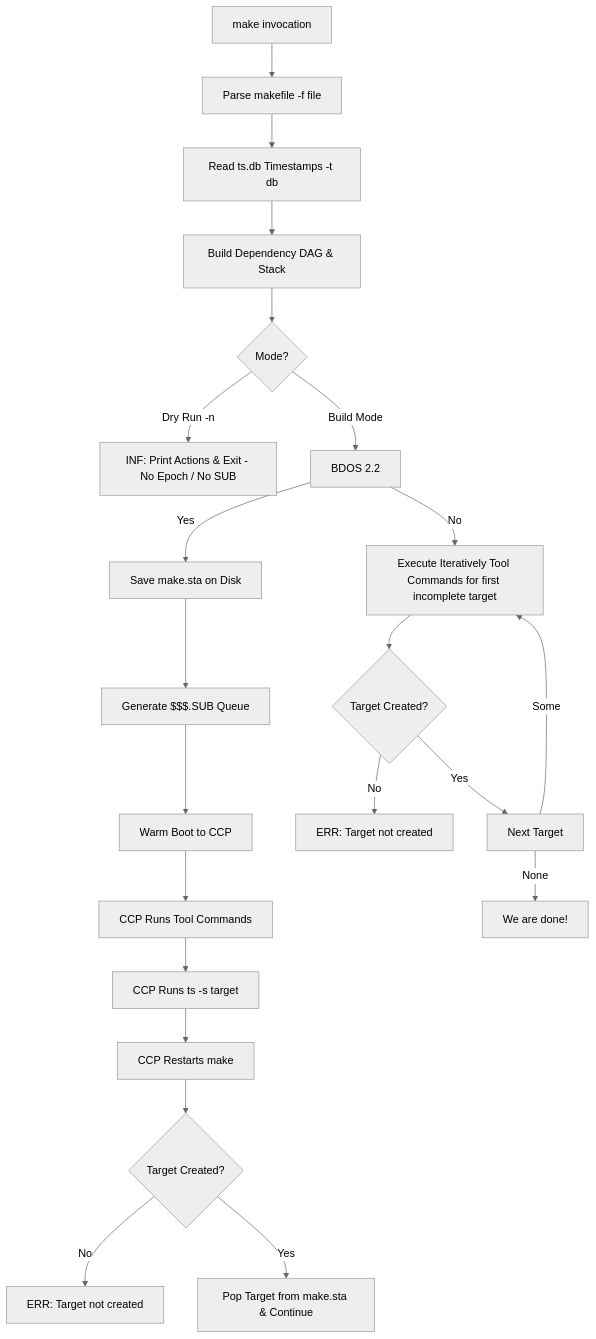
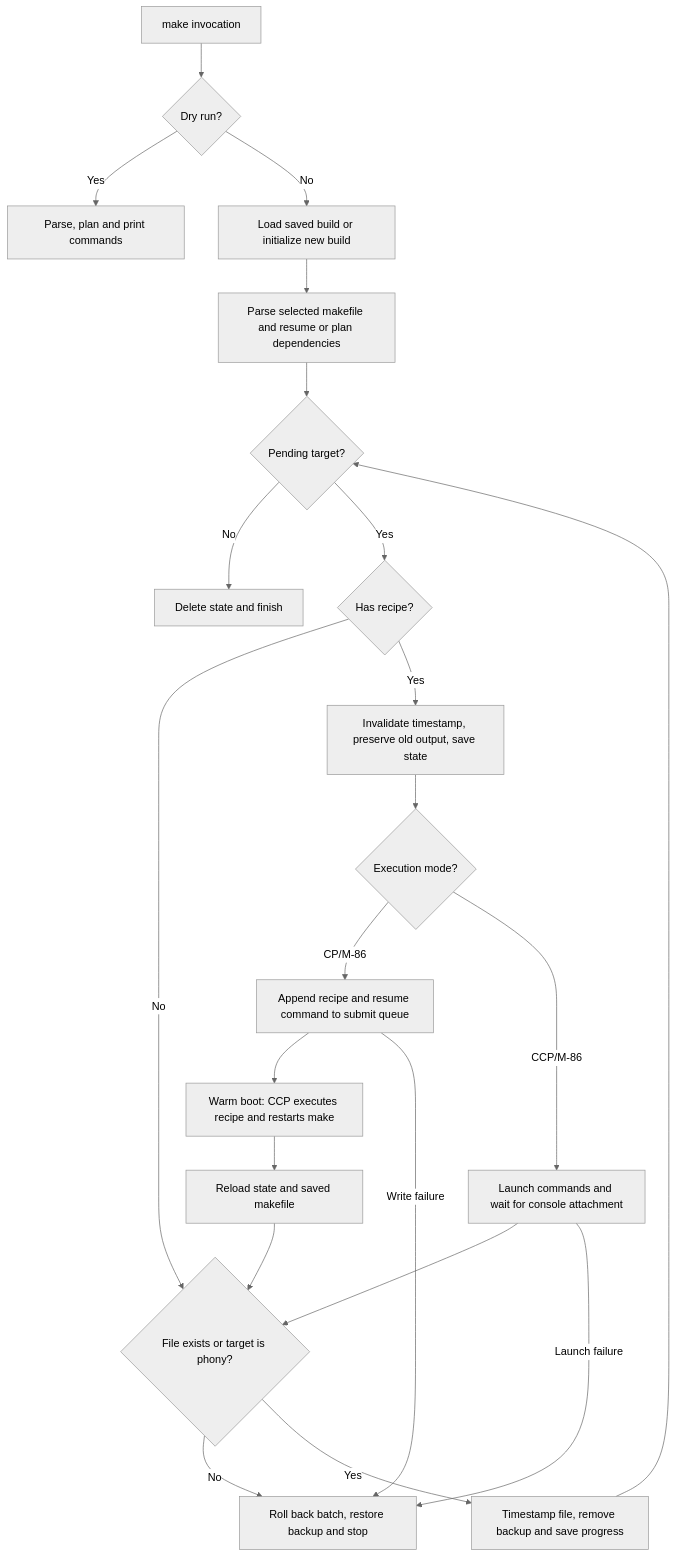
Before and after one commit to tsupplis/cpm86-make: the second of 3 diagrams in README.md, drawn with Mermaid (neutral theme). The commit also changed other lines of this file and 2 other files, not shown here.

````diff
--- a/README.md
+++ b/README.md
@@ -202,24 +184,24 @@
 ```mermaid
 flowchart TD
-    A[make invocation] --> D[Parse makefile -f file]
-    D --> E[Read ts.db Timestamps -t db]
-    E --> F[Build Dependency DAG & Stack]
-    F --> G{Mode?}
-    G -->|Dry Run -n| H[INF: Print Actions & Exit - No Epoch / No SUB]
-    G -->|Build Mode| B[BDOS 2.2]
-    B -->|Yes| I[Save make.sta on Disk]
-    B -->|No| S[Execute Iteratively Tool Commands for first incomplete target]
-    I --> J[Generate $$$.SUB Queue]
-    J --> K[Warm Boot to CCP]
-    K --> L[CCP Runs Tool Commands]
-    L --> M[CCP Runs ts -s target]
-    M --> N[CCP Restarts make]
-    N --> O{Target Created?}
-    O -->|No| P[ERR: Target not created]
-    O -->|Yes| Q[Pop Target from make.sta & Continue]
-    S --> T{Target Created?}
-    T -->|No| R[ERR: Target not created]
-    T -->|Yes| U[Next Target]
-    U -->|None| V[We are done!]
-    U -->|Some| S
+    A[make invocation] --> B{Dry run?}
+    B -->|Yes| C[Parse, plan and print commands]
+    B -->|No| D[Load saved build or initialize new build]
+    D --> E[Parse selected makefile and resume or plan dependencies]
+    E --> F{Pending target?}
+    F -->|No| END[Delete state and finish]
+    F -->|Yes| G{Has recipe?}
+    G -->|No| V{File exists or target is phony?}
+    G -->|Yes| H[Invalidate timestamp, preserve old output, save state]
+    H --> I{Execution mode?}
+    I -->|CP/M-86| J[Append recipe and resume command to submit queue]
+    J --> K[Warm boot: CCP executes recipe and restarts make]
+    K --> L[Reload state and saved makefile]
+    L --> V
+    I -->|CCP/M-86| M[Launch commands and wait for console attachment]
+    M --> V
+    J -->|Write failure| ERR[Roll back batch, restore backup and stop]
+    M -->|Launch failure| ERR
+    V -->|No| ERR
+    V -->|Yes| N[Timestamp file, remove backup and save progress]
+    N --> F
 ```
````
